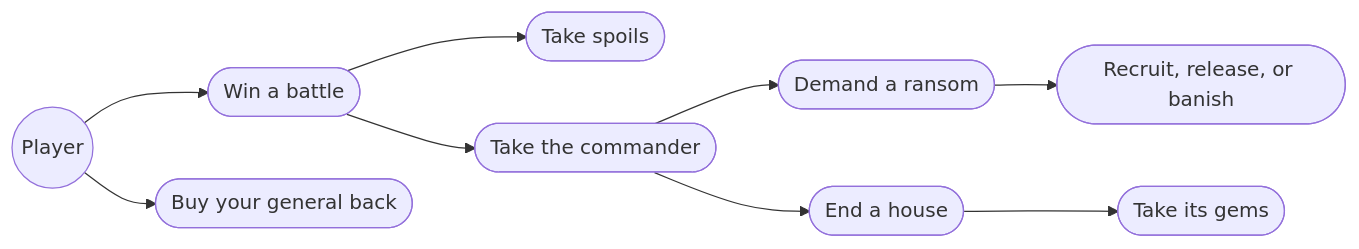
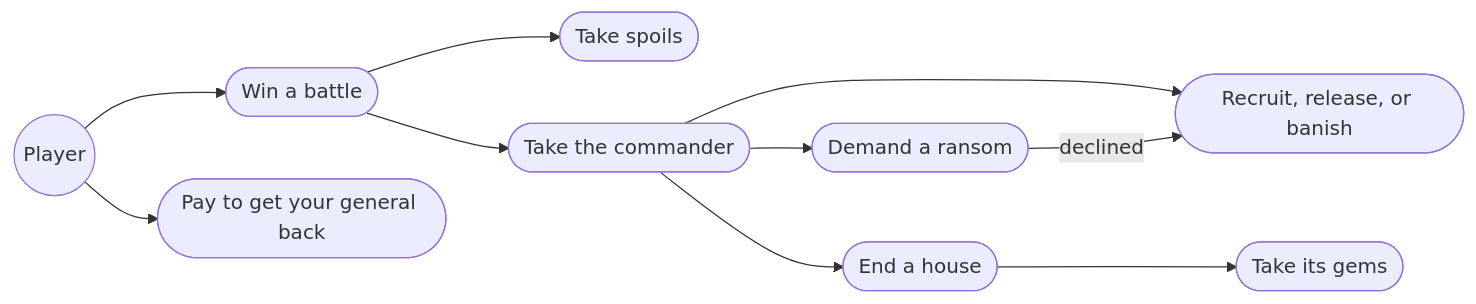
One commit to pslotinsky/kunstkamera changed the first of 3 diagrams in gemstorm/docs/design/09-conquest-and-captives.md. Above: the diagram before and after it, drawn with Mermaid. The commit also changed other lines of this file and 19 other files, not shown here.

````diff
--- a/gemstorm/docs/design/09-conquest-and-captives.md
+++ b/gemstorm/docs/design/09-conquest-and-captives.md
@@ -30,11 +30,12 @@
 ```mermaid
 flowchart LR
   player((Player)) --> win(["Win a battle"])
   win --> spoils(["Take spoils"])
   win --> take(["Take the commander"])
   take --> ask(["Demand a ransom"])
-  ask --> dispose(["Recruit, release, or banish"])
+  take --> dispose(["Recruit, release, or banish"])
+  ask -- declined --> dispose
   take --> fall(["End a house"])
   fall --> gems(["Take its gems"])
-  player --> buy(["Buy your general back"])
+  player --> buy(["Pay to get your general back"])
 ```
````
